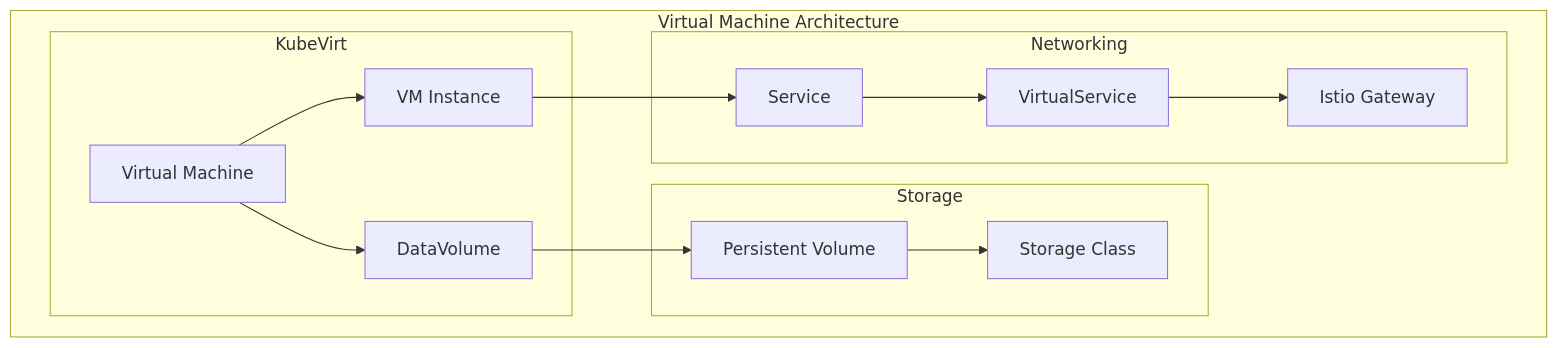
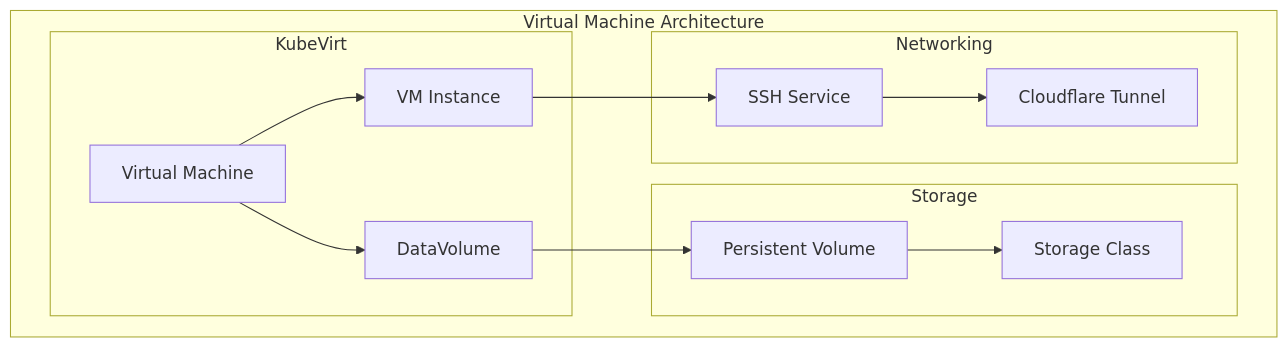
One commit to enchantednatures/HomeCluster changed the fourth of 5 diagrams in docs/kubernetes-applications.md. Above: the diagram before and after it, drawn with Mermaid. The commit also changed other lines of this file and 29 other files, not shown here.

````diff
--- a/docs/kubernetes-applications.md
+++ b/docs/kubernetes-applications.md
@@ -346,29 +359,27 @@
 ```mermaid
 graph TB
     subgraph "Virtual Machine Architecture"
         subgraph "KubeVirt"
             VM[Virtual Machine]
             DV[DataVolume]
             VMI[VM Instance]
         end
 
         subgraph "Storage"
             PV[Persistent Volume]
             STORAGE_CLASS[Storage Class]
         end
 
         subgraph "Networking"
-            SVC[Service]
-            VS[VirtualService]
-            ISTIO[Istio Gateway]
+            SVC[SSH Service]
+            CF[Cloudflare Tunnel]
         end
     end
 
     VM --> VMI
     VM --> DV
     DV --> PV
     PV --> STORAGE_CLASS
     VMI --> SVC
-    SVC --> VS
-    VS --> ISTIO
+    SVC --> CF
 ```
````
